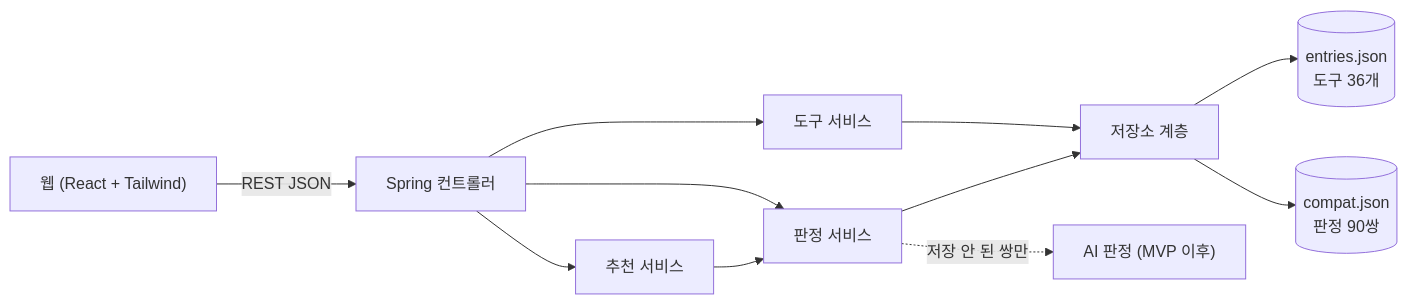
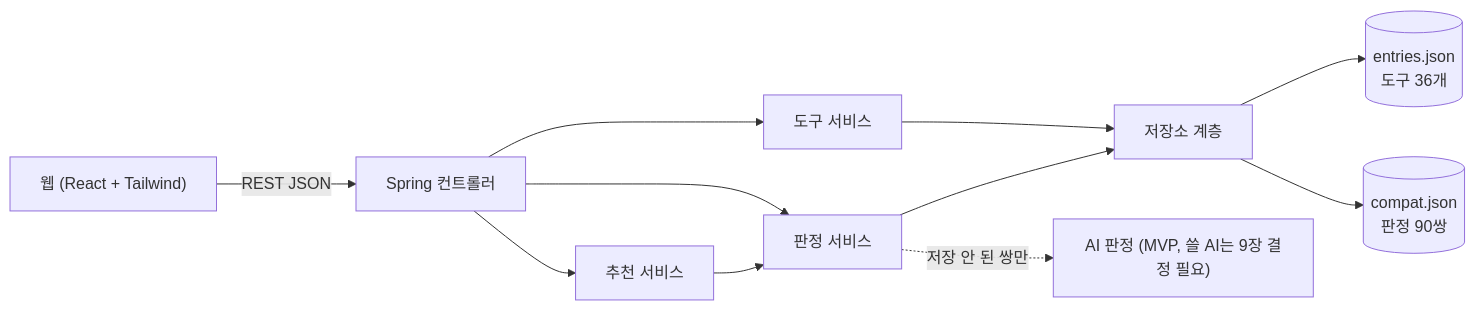
The diagram in server/api-draft.md (20233014-KYH/New_Project), drawn with Mermaid before and after one commit. The commit also changed other lines of this file, not shown here.

Commit message:
server: 미저장 쌍 AI 판정을 기획안 7장대로 MVP 포함으로 고침

````diff
--- a/server/api-draft.md
+++ b/server/api-draft.md
@@ -8,13 +8,13 @@
 ```mermaid
 flowchart LR
   W["웹 (React + Tailwind)"] -->|REST JSON| C["Spring 컨트롤러"]
   C --> S1["도구 서비스"]
   C --> S2["판정 서비스"]
   C --> S3["추천 서비스"]
   S1 --> R["저장소 계층"]
   S2 --> R
   S3 --> S2
   R --> D1[("entries.json<br/>도구 36개")]
   R --> D2[("compat.json<br/>판정 90쌍")]
-  S2 -. 저장 안 된 쌍만 .-> AI["AI 판정 (MVP 이후)"]
+  S2 -. 저장 안 된 쌍만 .-> AI["AI 판정 (MVP, 쓸 AI는 9장 결정 필요)"]
 ```
````
